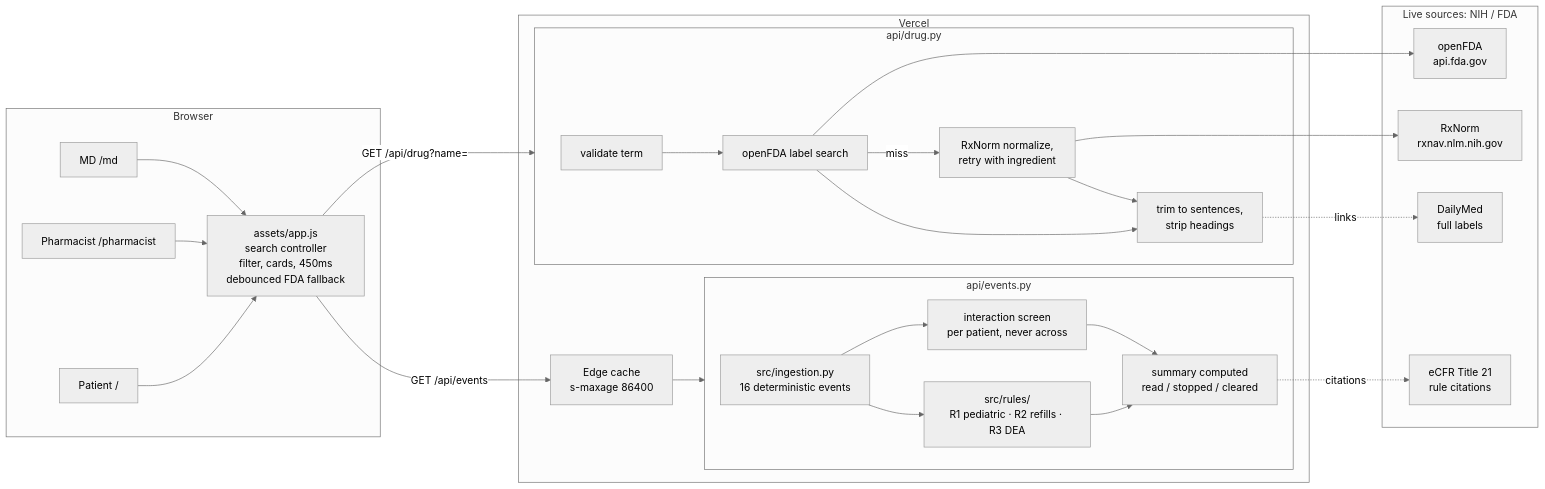
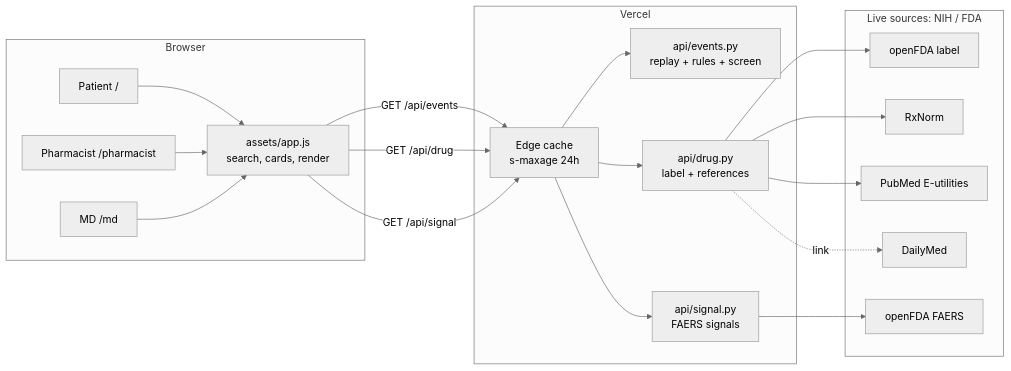
One commit to AidanColvin/prescription-event-stream changed the second of 2 diagrams in README.md. Above: the diagram before and after it, drawn with Mermaid (neutral theme). The commit also changed other lines of this file, not shown here.

First line of the commit message:
docs: rewrite readme in plain language with pipeline and system diagrams

````diff
--- a/README.md
+++ b/README.md
@@ -41,40 +90,34 @@
 ```mermaid
 flowchart LR
     subgraph Browser
-        P1["Patient  /"]
-        P2["Pharmacist  /pharmacist"]
-        P3["MD  /md"]
-        JS["assets/app.js<br/>search controller<br/>filter, cards, 450ms<br/>debounced FDA fallback"]
+        S1["Patient  /"]
+        S2["Pharmacist  /pharmacist"]
+        S3["MD  /md"]
+        JS["assets/app.js<br/>search, cards, render"]
     end
 
     subgraph Vercel
-        EC["Edge cache<br/>s-maxage 86400"]
-        subgraph EV["api/events.py"]
-            ING["src/ingestion.py<br/>16 deterministic events"] --> RULES["src/rules/<br/>R1 pediatric · R2 refills · R3 DEA"]
-            ING --> SCREEN["interaction screen<br/>per patient, never across"]
-            RULES --> SUM["summary computed<br/>read / stopped / cleared"]
-            SCREEN --> SUM
-        end
-        subgraph DR["api/drug.py"]
-            VAL["validate term"] --> LBL["openFDA label search"]
-            LBL -->|miss| NORM["RxNorm normalize,<br/>retry with ingredient"]
-            LBL --> SHAPE["trim to sentences,<br/>strip headings"]
-            NORM --> SHAPE
-        end
+        EC["Edge cache<br/>s-maxage 24h"]
+        EV["api/events.py<br/>replay + rules + screen"]
+        DR["api/drug.py<br/>label + references"]
+        SG["api/signal.py<br/>FAERS signals"]
     end
 
-    subgraph Federal["Live sources: NIH / FDA"]
-        FDA["openFDA<br/>api.fda.gov"]
-        RX["RxNorm<br/>rxnav.nlm.nih.gov"]
-        DM["DailyMed<br/>full labels"]
-        CFR["eCFR Title 21<br/>rule citations"]
+    subgraph Sources["Live sources: NIH / FDA"]
+        FDA["openFDA label"]
+        FA["openFDA FAERS"]
+        RX["RxNorm"]
+        PM["PubMed E-utilities"]
+        DM["DailyMed"]
     end
 
-    P1 & P2 & P3 --> JS
+    S1 & S2 & S3 --> JS
     JS -->|"GET /api/events"| EC --> EV
-    JS -->|"GET /api/drug?name="| DR
-    LBL --> FDA
-    NORM --> RX
-    SHAPE -.->|links| DM
-    SUM -.->|citations| CFR
+    JS -->|"GET /api/drug"| EC --> DR
+    JS -->|"GET /api/signal"| EC --> SG
+    DR --> FDA
+    DR --> RX
+    DR --> PM
+    SG --> FA
+    DR -.->|link| DM
 ```
````
